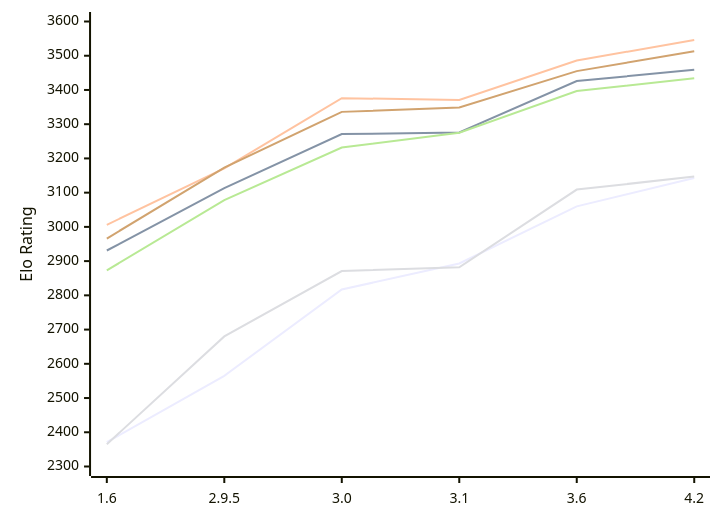
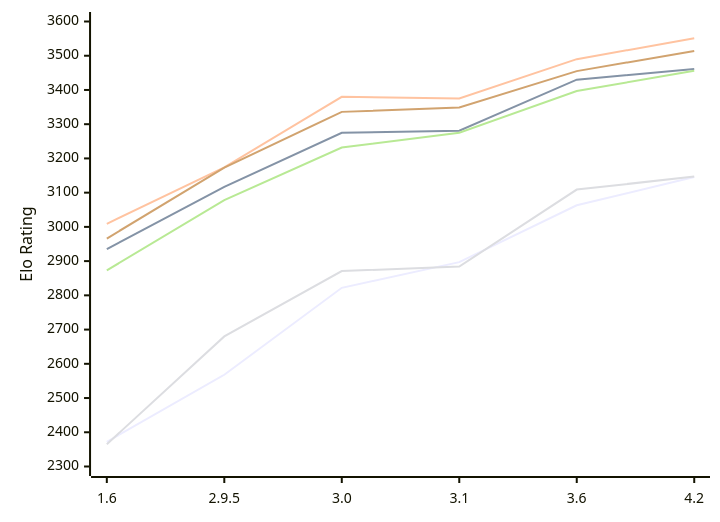
The diagram in engines/Chessenger.md (computer-chess-index/cci), drawn with Mermaid before and after one commit. The commit also changed other lines of this file, not shown here.

Commit message:
Update CCI Ratings (ELO VLTC) - 2026-11-22

````diff
--- a/engines/Chessenger.md
+++ b/engines/Chessenger.md
@@ -57,12 +57,12 @@
 ```mermaid
 %%{init: {"theme":"base","themeVariables":{"seriesColors:['#a3a3a3','#222221','#faa371']}}}%%
 xychart-beta
   x-axis ["1.6", "2.9.5", "3.0", "3.1", "3.6", "4.2"]
   y-axis "Elo Rating" 2300 --> 3600
-  line "E1: STC (8.0+0.08s)" [2371, 2565, 2817, 2893, 3060, 3143]
-  line "E1: LTC (60.0+0.60s)" [2931, 3113, 3271, 3276, 3426, 3459]
-  line "E1: VLTC (2m24s+1.12s)" [3006, 3171, 3376, 3371, 3486, 3546]
-  line "P1: STC (8.0+0.08s)" [2365, 2680, 2871, 2882, 3109, 3147]
-  line "P1: LTC (60.0+0.60s)" [2873, 3078, 3232, 3275, 3397, 3434]
-  line "P1: VLTC (2m24s+1.12s)" [2966, 3173, 3336, 3349, 3455, 3513]
+  line "E1: STC (8.0+0.08s)" [2372, 2568, 2822, 2897, 3063, 3146]
+  line "E1: LTC (60.0+0.60s)" [2935, 3117, 3275, 3281, 3430, 3461]
+  line "E1: VLTC (2m24s+1.12s)" [3009, 3174, 3380, 3375, 3490, 3551]
+  line "P1: STC (8.0+0.08s)" [2365, 2680, 2871, 2884, 3109, 3147]
+  line "P1: LTC (60.0+0.60s)" [2873, 3078, 3232, 3275, 3397, 3456]
+  line "P1: VLTC (2m24s+1.12s)" [2966, 3173, 3336, 3349, 3455, 3514]
 ```
````
